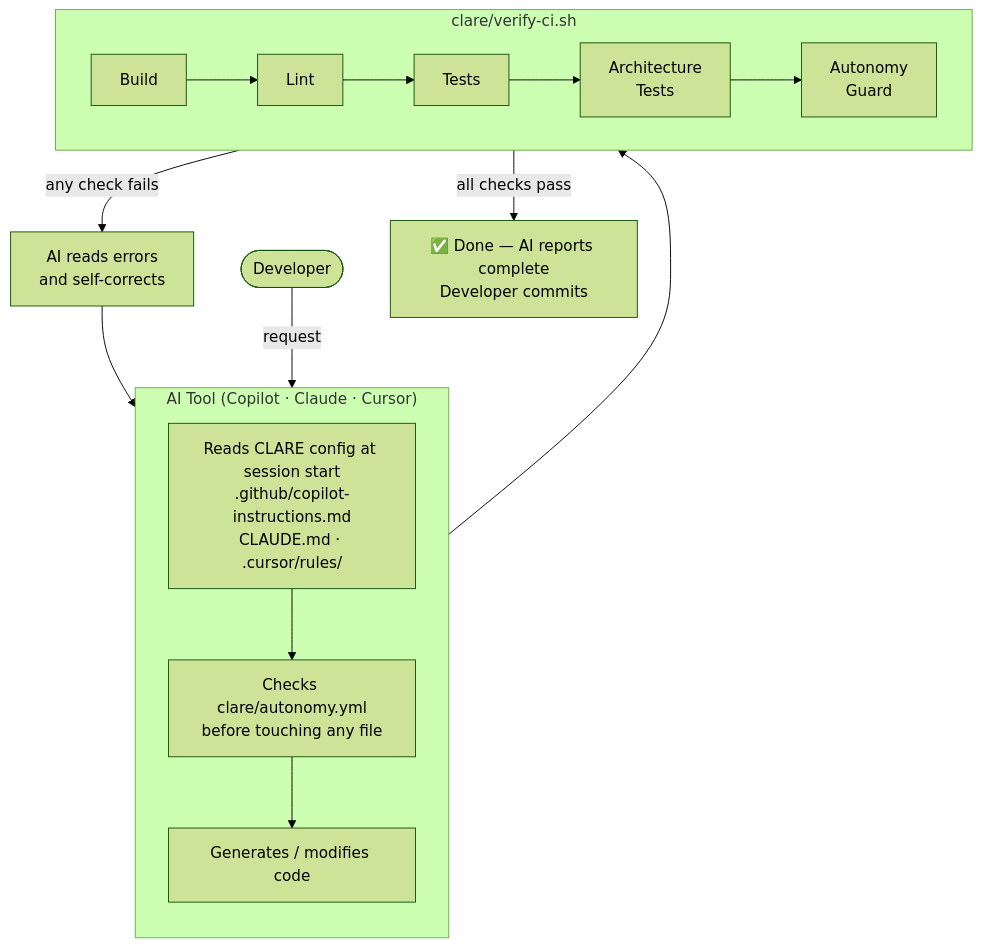
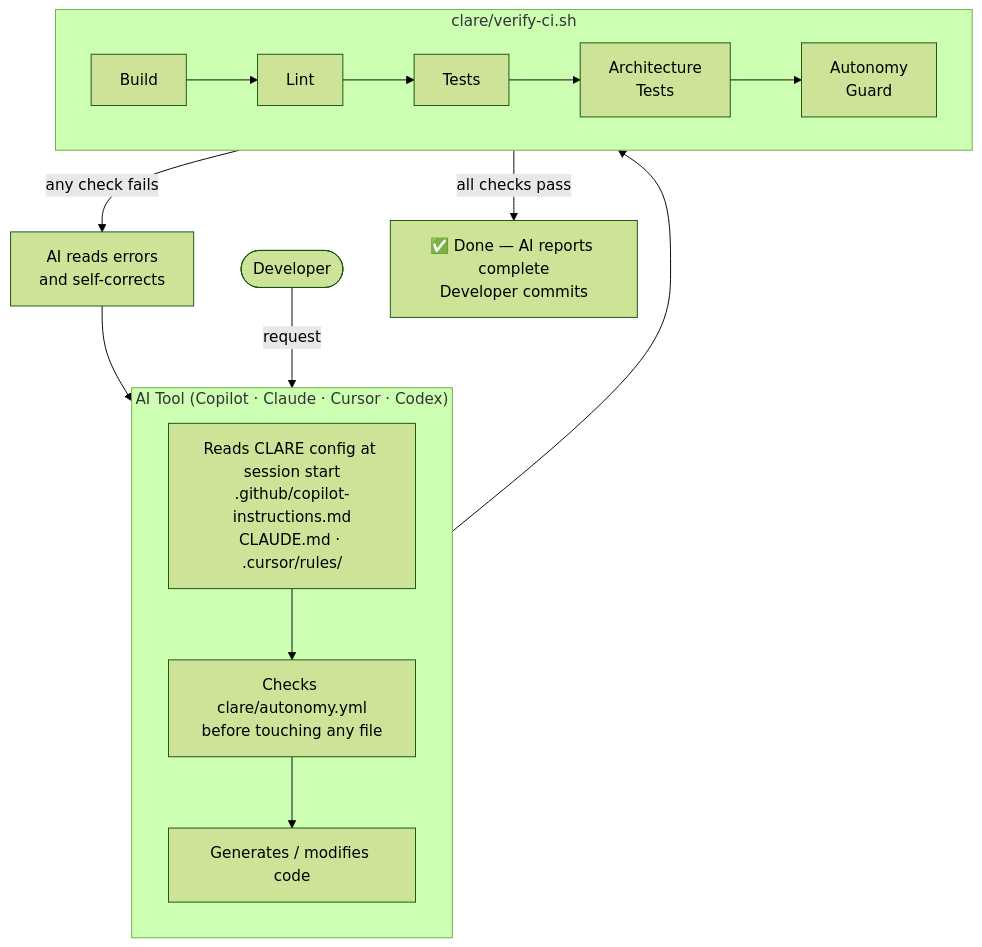
The diagram in README.md (jketreno/clare), drawn with Mermaid (forest theme) before and after one commit. The commit also changed other lines of this file and 10 other files, not shown here.

````diff
--- a/README.md
+++ b/README.md
@@ -101,23 +101,23 @@
 ```mermaid
 flowchart TD
     DEV([Developer]) -->|"request"| AI
 
-    subgraph AI["AI Tool (Copilot · Claude · Cursor)"]
+    subgraph AI["AI Tool (Copilot · Claude · Cursor · Codex)"]
         direction TB
         CFG["Reads CLARE config at session start<br/>.github/copilot-instructions.md<br/>CLAUDE.md · .cursor/rules/"]
         AUT["Checks clare/autonomy.yml<br/>before touching any file"]
         GEN["Generates / modifies code"]
         CFG --> AUT --> GEN
     end
 
     GEN --> VCI
 
     subgraph VCI["clare/verify-ci.sh"]
         direction LR
         B[Build] --> L[Lint] --> T[Tests] --> A["Architecture<br/>Tests"] --> G["Autonomy<br/>Guard"]
     end
 
     VCI -->|"any check fails"| FIX["AI reads errors<br/>and self-corrects"]
     FIX --> GEN
     VCI -->|"all checks pass"| DONE["✅ Done — AI reports complete<br/>Developer commits"]
 ```
````
